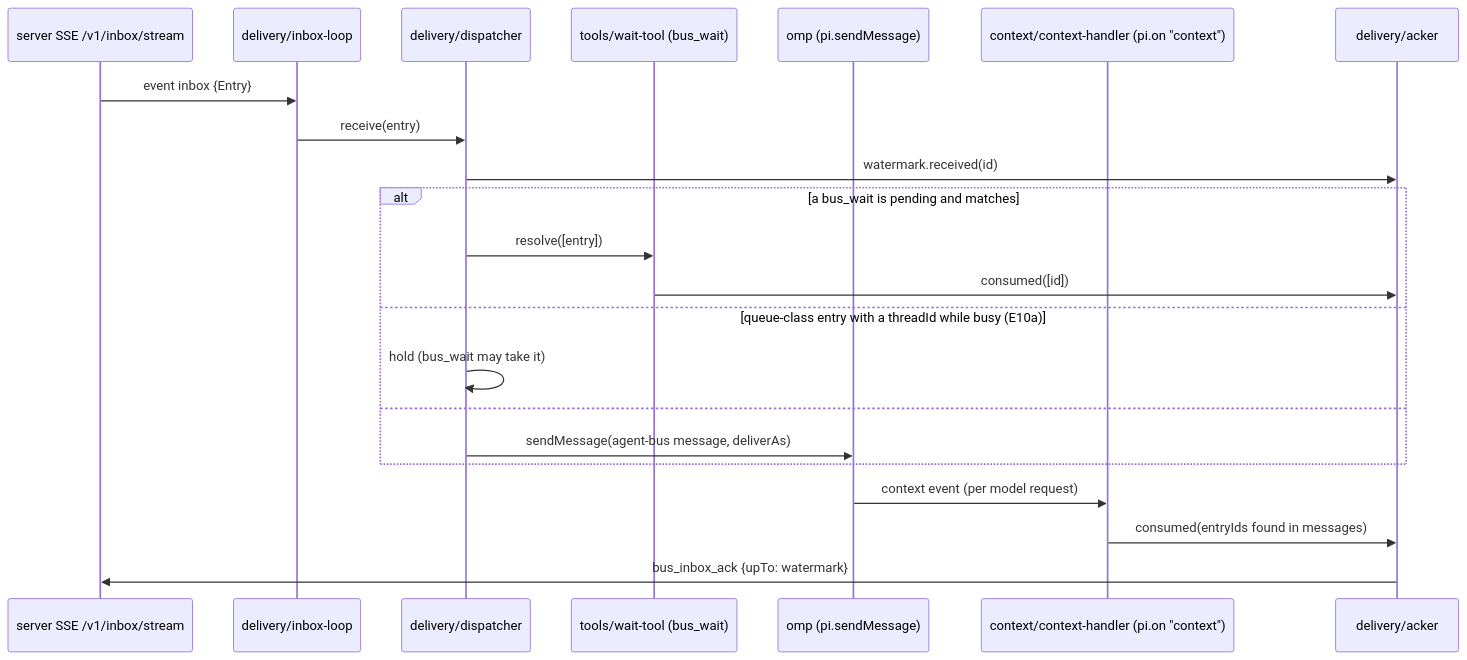
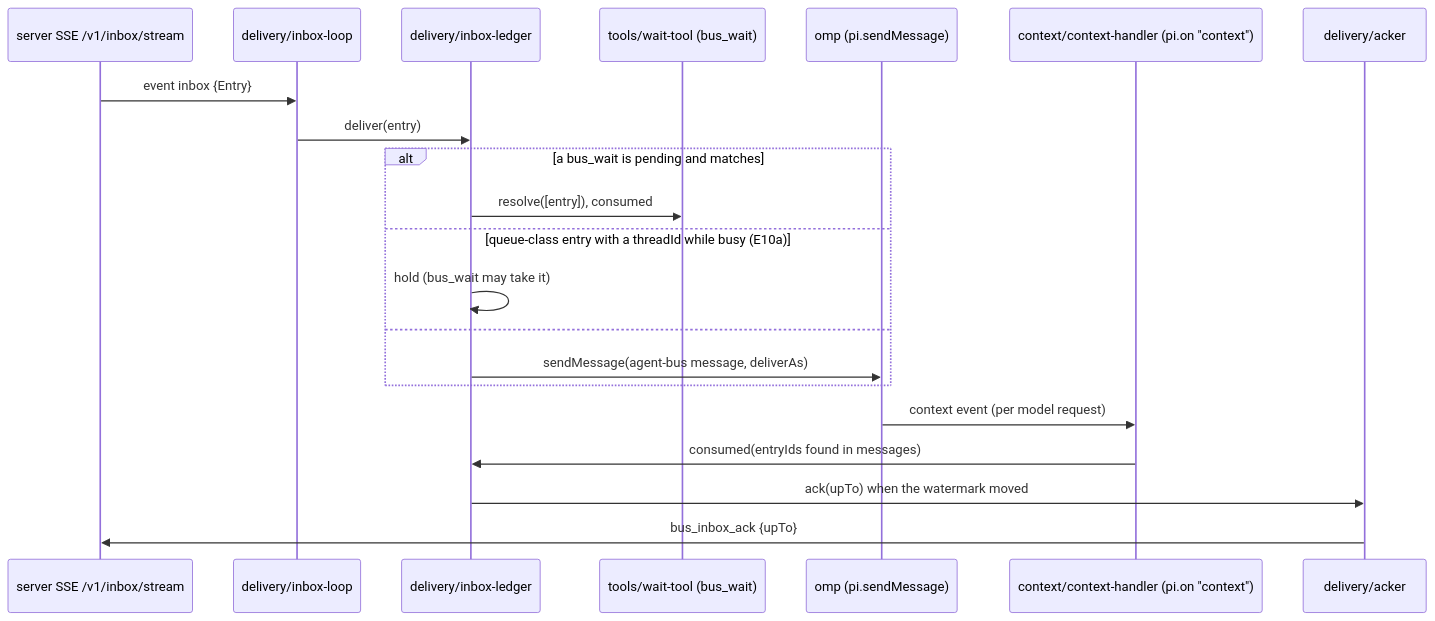
One commit to till-muellers/agent-message-bus changed the second of 2 diagrams in docs/design/arch/client.md. Above: the diagram before and after it, drawn with Mermaid. The commit also changed other lines of this file and 24 other files, not shown here.

First line of the commit message:
refactor(extension): inbox ledger owns the delivery state of one connection start (R6) (#84)

````diff
--- a/docs/design/arch/client.md
+++ b/docs/design/arch/client.md
@@ -253,24 +253,23 @@
 ```mermaid
 sequenceDiagram
   participant S as server SSE /v1/inbox/stream
   participant L as delivery/inbox-loop
-  participant D as delivery/dispatcher
+  participant D as delivery/inbox-ledger
   participant W as tools/wait-tool (bus_wait)
   participant O as omp (pi.sendMessage)
   participant C as context/context-handler (pi.on "context")
   participant A as delivery/acker
   S->>L: event inbox {Entry}
-  L->>D: receive(entry)
-  D->>A: watermark.received(id)
+  L->>D: deliver(entry)
   alt a bus_wait is pending and matches
-    D->>W: resolve([entry])
-    W->>A: consumed([id])
+    D->>W: resolve([entry]), consumed
   else queue-class entry with a threadId while busy (E10a)
     D->>D: hold (bus_wait may take it)
   else
     D->>O: sendMessage(agent-bus message, deliverAs)
   end
   O->>C: context event (per model request)
-  C->>A: consumed(entryIds found in messages)
-  A->>S: bus_inbox_ack {upTo: watermark}
+  C->>D: consumed(entryIds found in messages)
+  D->>A: ack(upTo) when the watermark moved
+  A->>S: bus_inbox_ack {upTo}
 ```
````
